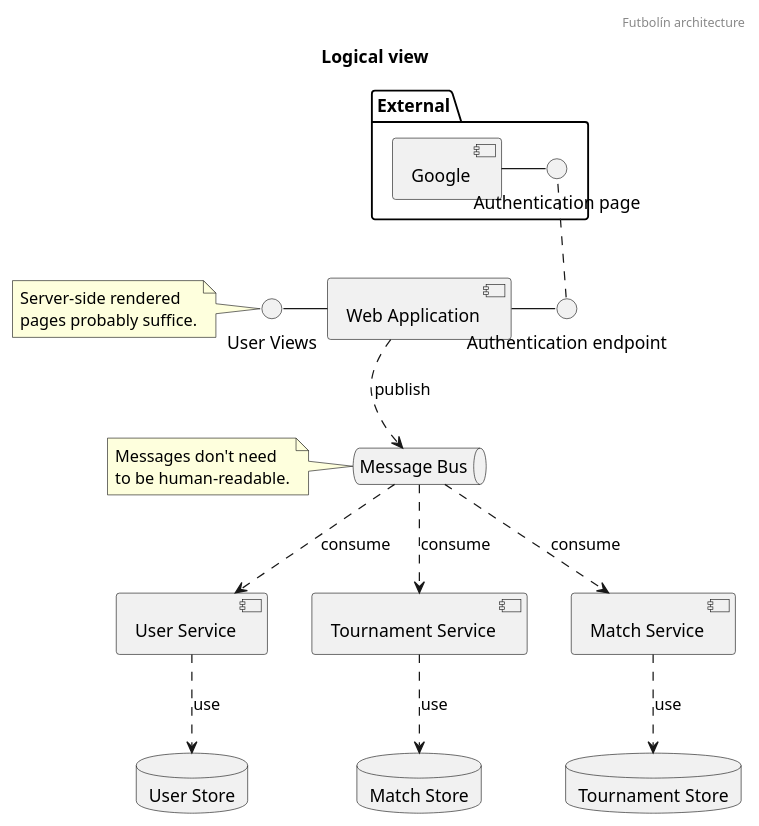
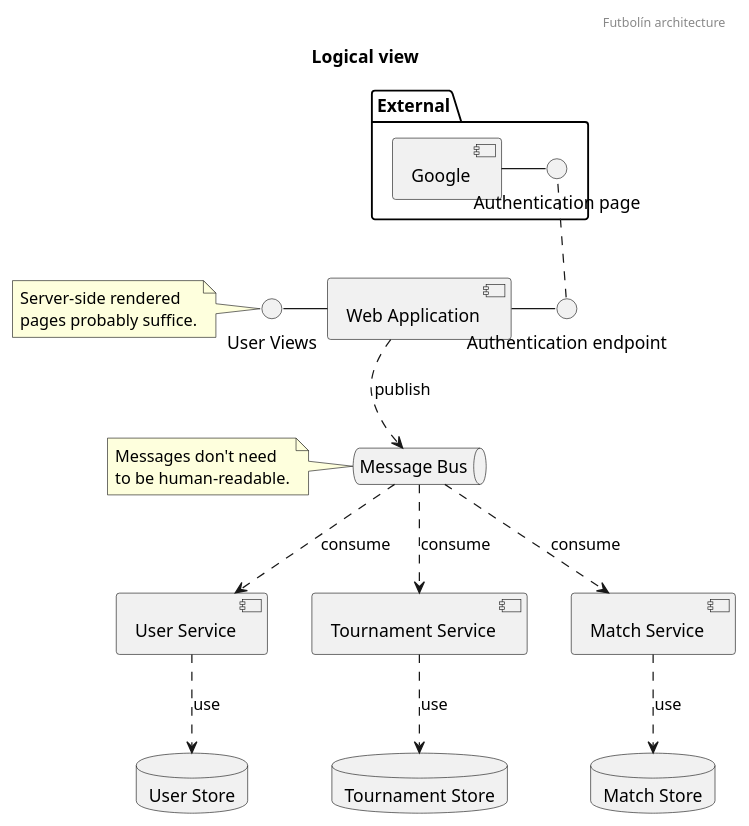
One commit to mthmulders/futbolin changed the diagram in docs/logical-architecture.puml. Above: the diagram before and after it, drawn with PlantUML. The commit also changed 1 other file, not shown here.

Commit message:
Corrected logical architecture

```diff
--- a/docs/logical-architecture.puml
+++ b/docs/logical-architecture.puml
@@ -1,53 +1,53 @@
 @startuml
 
 header Futbolín architecture
 
 title Logical view
 
 package "External" {
     component [Google] as google
     () "Authentication page" as authp
     authp - google
 }
 
 component [Web Application] as webapp
 () "Authentication endpoint" as authep
 () "User Views" as views
 note left of views
 Server-side rendered
 pages probably suffice.
 end note
 views - webapp
 webapp - authep
 
 authep .. authp
 
 queue "Message Bus" as bus
 
 webapp ..> bus : publish
 
 note left of bus
 Messages don't need
 to be human-readable.
 end note
 
 component [User Service] as usersrv
 component [Tournament Service] as tournamentsrv
 component [Match Service] as matchsrv
 
 database "User Store" as userdb
-database "Tournament Store" as matchdb
-database "Match Store" as tournamentdb
+database "Tournament Store" as tournamentdb
+database "Match Store" as matchdb
 
 bus ..> usersrv : consume
 usersrv ..> userdb : use
 bus ..> matchsrv : consume
 matchsrv ..> matchdb : use
 bus ..> tournamentsrv : consume
 tournamentsrv ..> tournamentdb : use
 
 ' Alignment of pieces on this diagram
 google .[hidden]. webapp
 webapp .[hidden]. bus
 
 @enduml
```
